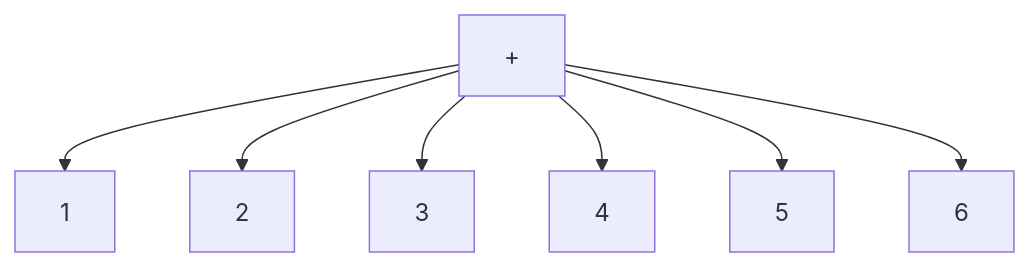
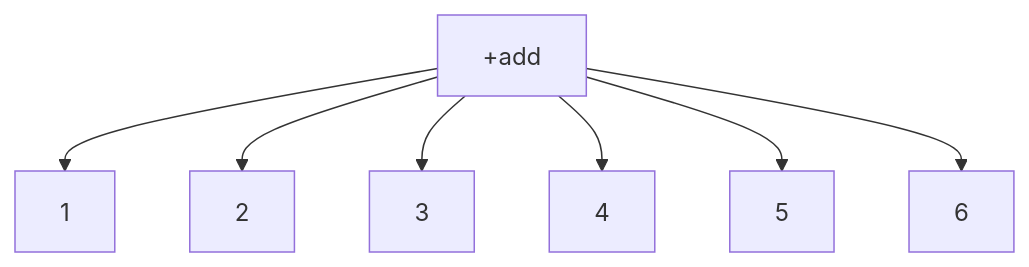
One commit to qchen-fdii-cardc/qchen-fdii-cardc.github.io changed the first of 2 diagrams in content/posts/005-explore-lisp.md. Above: the diagram before and after it, drawn with Mermaid. The commit also changed other lines of this file, not shown here.

````diff
--- a/content/posts/005-explore-lisp.md
+++ b/content/posts/005-explore-lisp.md
@@ -50,9 +50,9 @@
 ```mermaid
 graph TD
-    +[+] --> 1[1]
+    +[+add] --> 1[1]
     + --> 2[2]
     + --> 3[3]
     + --> 4[4]
     + --> 5[5]
     + --> 6[6]
 ```
````
